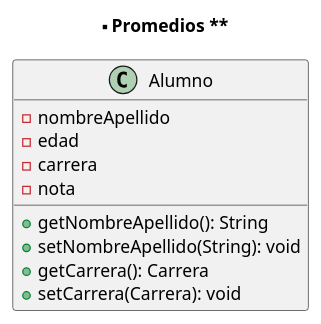
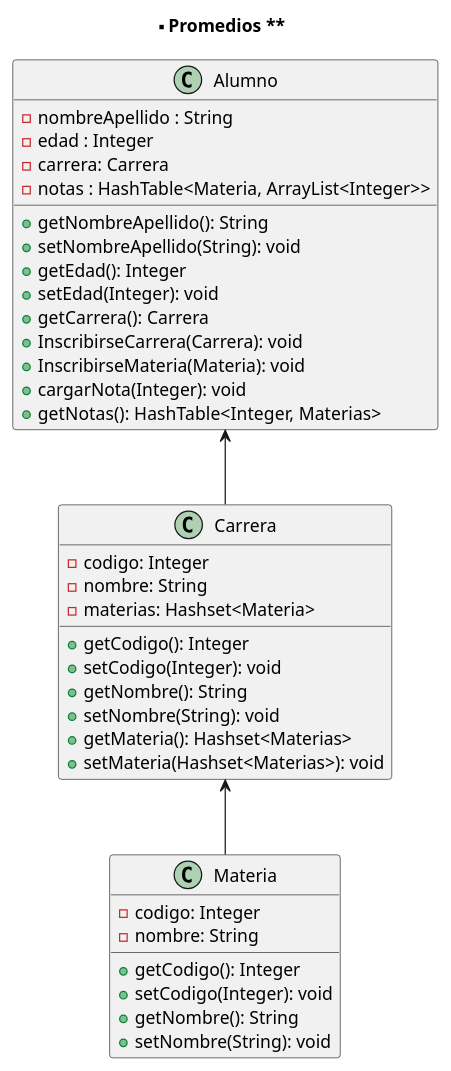
One commit to LMontes94/ProgIII23 changed the diagram in Ejercicios/Coleccion/Diagrama/Promedios.puml. Above: the diagram before and after it, drawn with PlantUML. The commit also changed 5 other files, not shown here.

```diff
--- a/Ejercicios/Coleccion/Diagrama/Promedios.puml
+++ b/Ejercicios/Coleccion/Diagrama/Promedios.puml
@@ -1,18 +1,48 @@
 @startuml
 
 title ** Promedios **
 
 class Alumno{
-   - nombreApellido
-   - edad 
-   - carrera 
-   - nota 
+   - nombreApellido : String 
+   - edad : Integer 
+   - carrera: Carrera 
+   - notas : HashTable<Materia, ArrayList<Integer>>
 
    + getNombreApellido(): String 
-   + setNombreApellido(String): void 
-   + getCarrera(): Carrera
-   + setCarrera(Carrera): void
-    
+   + setNombreApellido(String): void
+   + getEdad(): Integer 
+   + setEdad(Integer): void 
+   + getCarrera(): Carrera 
+   + InscribirseCarrera(Carrera): void
+   + InscribirseMateria(Materia): void 
+   + cargarNota(Integer): void 
+   + getNotas(): HashTable<Integer, Materias>
+}
 
+class Carrera{
+   - codigo: Integer 
+   - nombre: String 
+   - materias: Hashset<Materia>
+
+   + getCodigo(): Integer 
+   + setCodigo(Integer): void
+   + getNombre(): String 
+   + setNombre(String): void 
+   + getMateria(): Hashset<Materias>
+   + setMateria(Hashset<Materias>): void
 }
+
+class Materia{
+   - codigo: Integer  
+   - nombre: String 
+   
+   + getCodigo(): Integer 
+   + setCodigo(Integer): void
+   + getNombre(): String 
+   + setNombre(String): void 
+}
+
+Alumno <-- Carrera
+Carrera <-- Materia 
+
 @enduml
```
